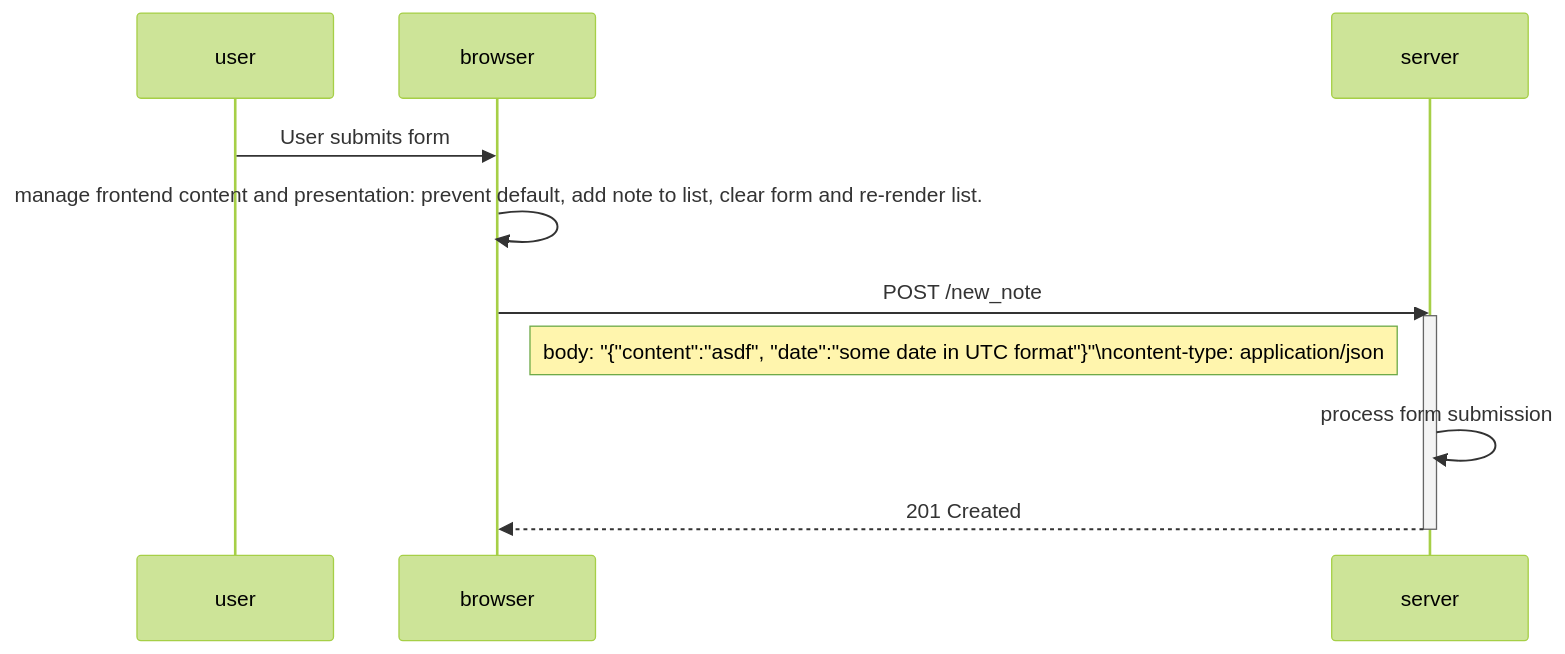
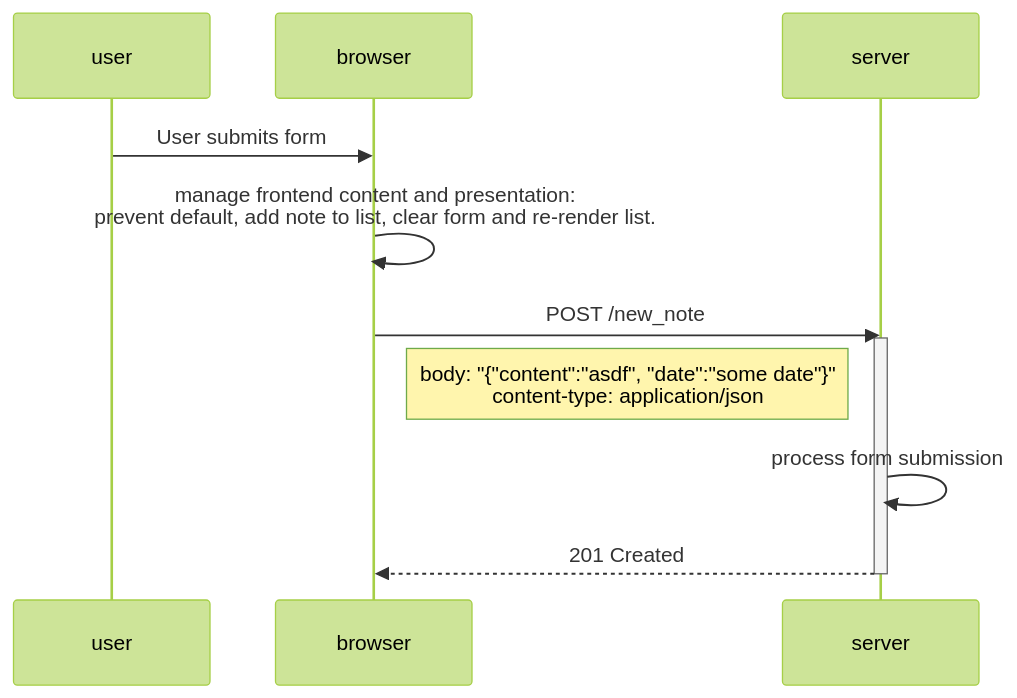
One commit to vicortez/Fullstack-Open-exercises changed the diagram in part 0/0.5.md. Above: the diagram before and after it, drawn with Mermaid (forest theme).

Commit message:
exercise 0.5.md

````diff
--- a/part 0/0.5.md
+++ b/part 0/0.5.md
@@ -5,16 +5,16 @@
 ```mermaid
 sequenceDiagram
 participant user
 participant browser
 participant server
 
 user->>browser: User submits form
-browser->>browser: manage frontend content and presentation: prevent default, add note to list, clear form and re-render list.
+browser->>browser: manage frontend content and presentation: <br> prevent default, add note to list, clear form and re-render list.
 browser->>server: POST /new_note
 activate server
-Note right of browser: body: "{"content":"asdf", "date":"some date in UTC format"}"\ncontent-type: application/json
+Note right of browser: body: "{"content":"asdf", "date":"some date"}" <br> content-type: application/json
 server->>server: process form submission
 server-->>browser: 201 Created
 deactivate server
 
 ```
````
